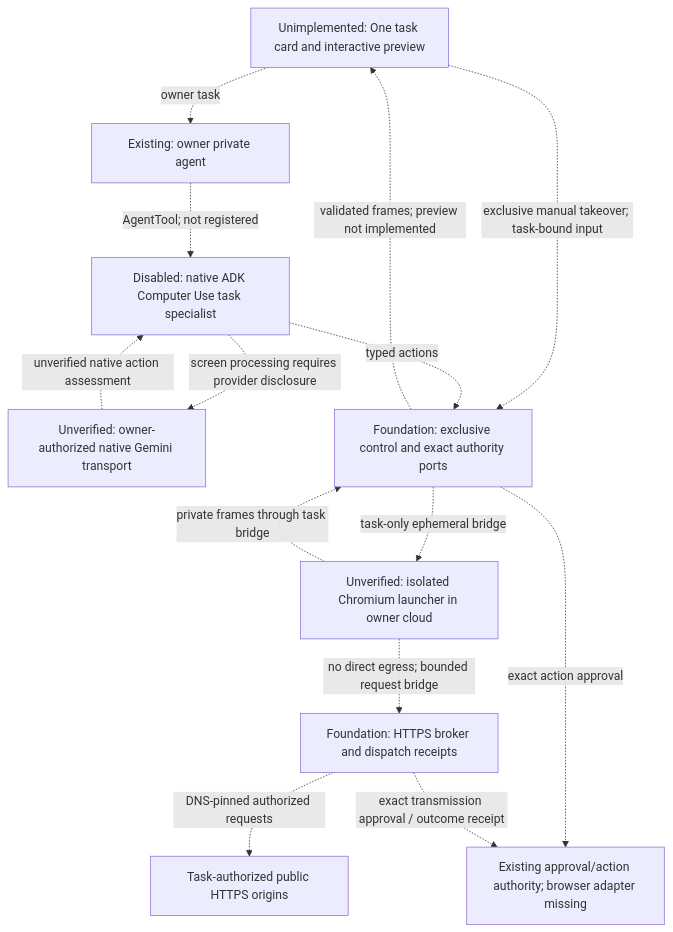
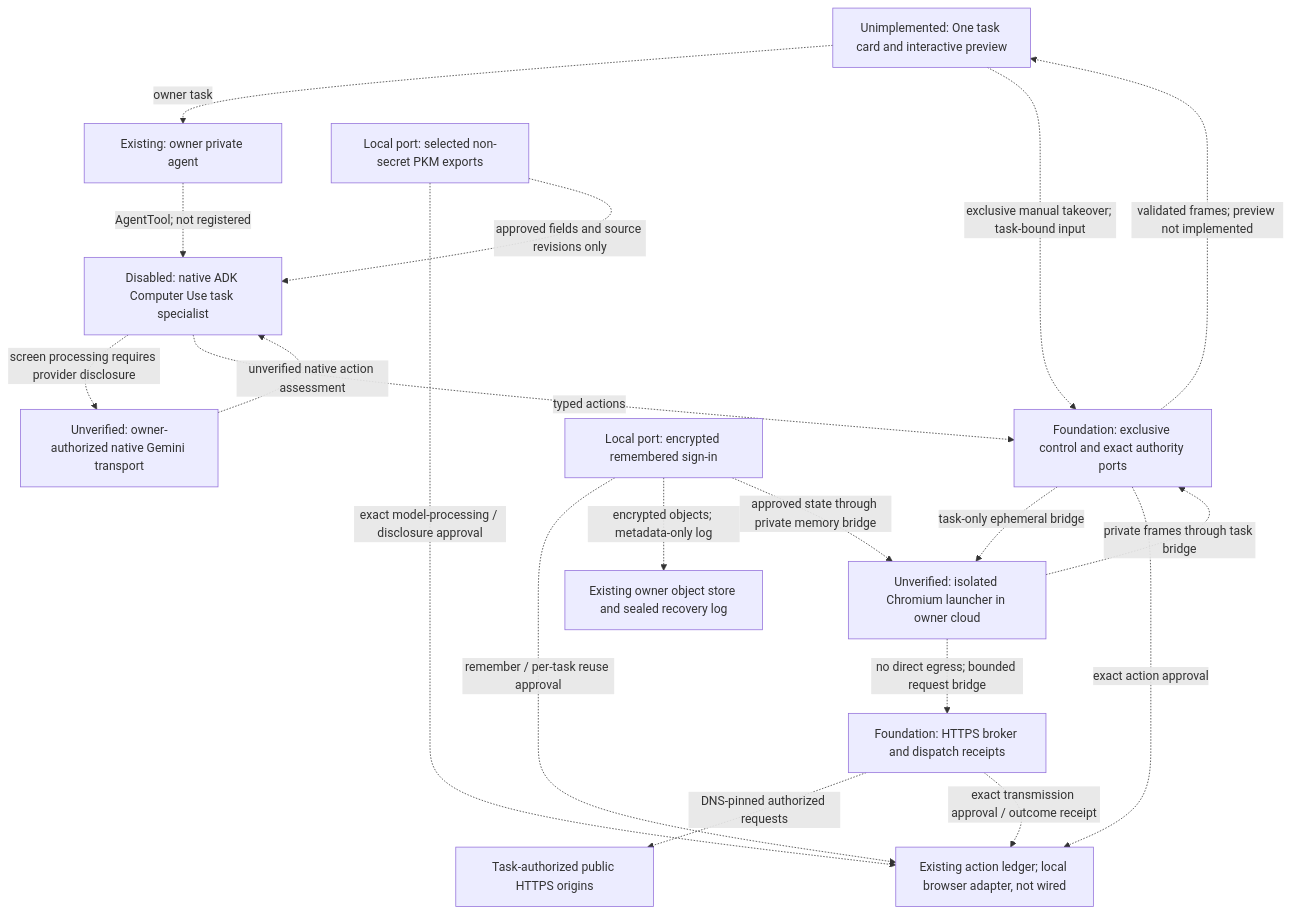
One commit to hushh-labs/hushh-research changed the diagram in consent-protocol/docs/reference/private-browser-runtime.md. Above: the diagram before and after it, drawn with Mermaid. The commit also changed other lines of this file and 52 other files, not shown here.

Commit message:
Add gated browser information and encrypted remembered sessions

````diff
--- a/consent-protocol/docs/reference/private-browser-runtime.md
+++ b/consent-protocol/docs/reference/private-browser-runtime.md
@@ -21,25 +20,33 @@
 ```mermaid
 flowchart TD
     UI["Unimplemented: One task card and interactive preview"]
     One["Existing: owner private agent"]
     Agent["Disabled: native ADK Computer Use task specialist"]
     Model["Unverified: owner-authorized native Gemini transport"]
     Control["Foundation: exclusive control and exact authority ports"]
     Broker["Foundation: HTTPS broker and dispatch receipts"]
     Cloud["Unverified: isolated Chromium launcher in owner cloud"]
     Web["Task-authorized public HTTPS origins"]
-    Ledger["Existing approval/action authority; browser adapter missing"]
+    Ledger["Existing action ledger; local browser adapter, not wired"]
+    Information["Local port: selected non-secret PKM exports"]
+    Sessions["Local port: encrypted remembered sign-in"]
+    Store["Existing owner object store and sealed recovery log"]
     UI -. "owner task" .-> One
     UI -. "exclusive manual takeover; task-bound input" .-> Control
     One -. "AgentTool; not registered" .-> Agent
     Agent -. "screen processing requires provider disclosure" .-> Model
     Model -. "unverified native action assessment" .-> Agent
     Agent -. "typed actions" .-> Control
     Control -. "task-only ephemeral bridge" .-> Cloud
     Cloud -. "no direct egress; bounded request bridge" .-> Broker
     Broker -. "DNS-pinned authorized requests" .-> Web
     Control -. "exact action approval" .-> Ledger
+    Information -. "exact model-processing / disclosure approval" .-> Ledger
+    Information -. "approved fields and source revisions only" .-> Agent
+    Sessions -. "remember / per-task reuse approval" .-> Ledger
+    Sessions -. "encrypted objects; metadata-only log" .-> Store
+    Sessions -. "approved state through private memory bridge" .-> Cloud
     Broker -. "exact transmission approval / outcome receipt" .-> Ledger
     Cloud -. "private frames through task bridge" .-> Control
     Control -. "validated frames; preview not implemented" .-> UI
 ```
````
